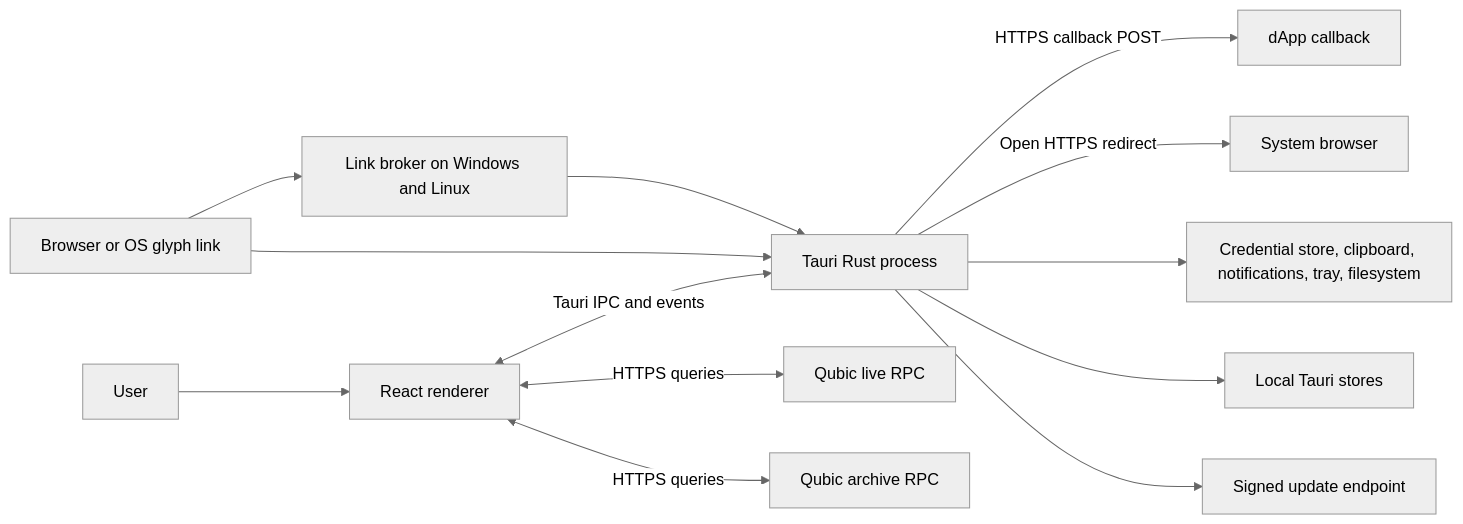
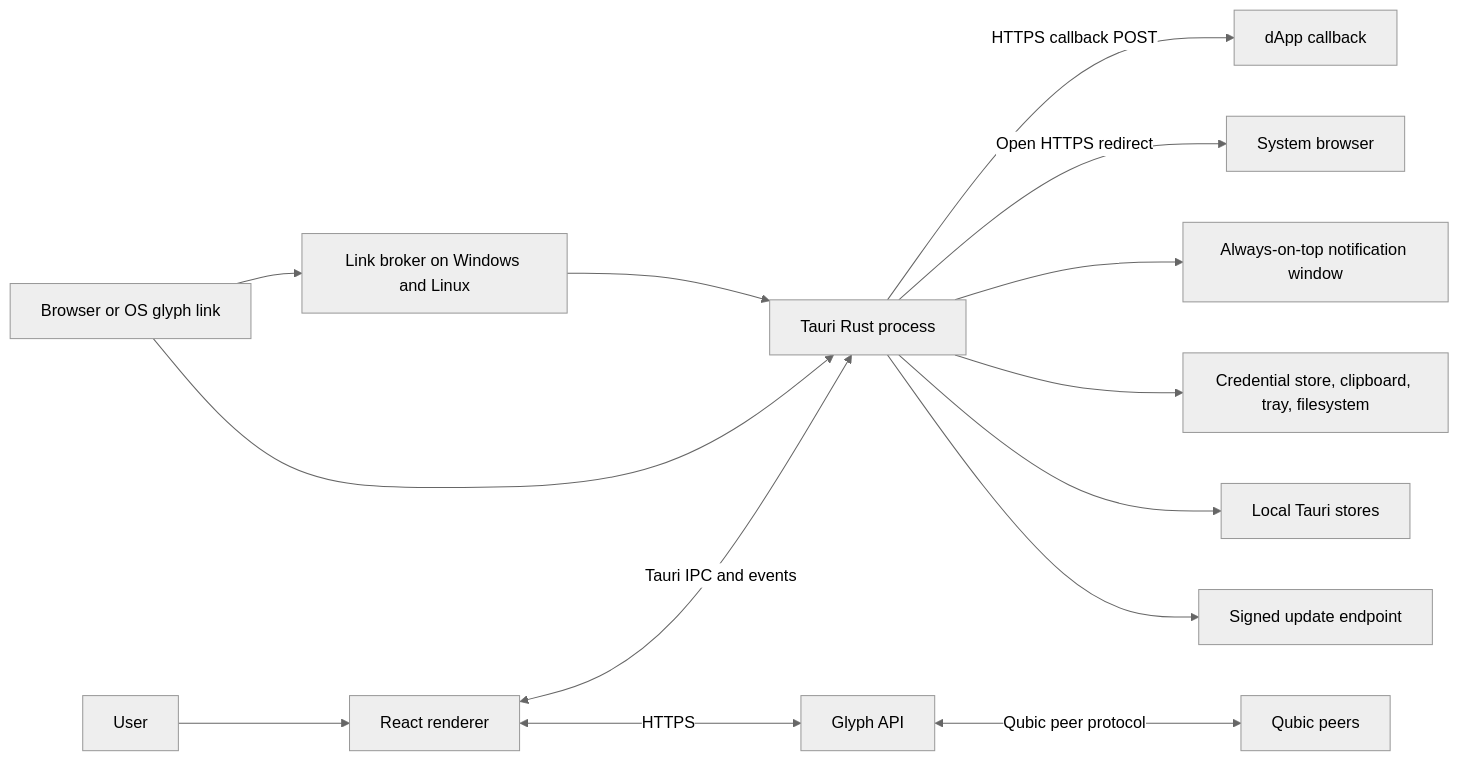
The first of 2 diagrams in docs/ARCHITECTURE.md (glyphq/wallet), drawn with Mermaid (neutral theme) before and after one commit. The commit also changed other lines of this file and 473 other files, not shown here.

````diff
--- a/docs/ARCHITECTURE.md
+++ b/docs/ARCHITECTURE.md
@@ -38,15 +38,16 @@
 ```mermaid
 graph LR
     User[User] --> UI[React renderer]
     Link[Browser or OS glyph link] --> Broker[Link broker on Windows and Linux]
     Broker --> Native[Tauri Rust process]
     Link --> Native
     UI <-->|Tauri IPC and events| Native
-    UI <-->|HTTPS queries| LiveRPC[Qubic live RPC]
-    UI <-->|HTTPS queries| ArchiveRPC[Qubic archive RPC]
+    UI <-->|HTTPS| API[Glyph API]
+    API <-->|Qubic peer protocol| Peers[Qubic peers]
     Native -->|HTTPS callback POST| DApp[dApp callback]
     Native -->|Open HTTPS redirect| Browser[System browser]
-    Native --> OS[Credential store, clipboard, notifications, tray, filesystem]
+    Native --> Notification[Always-on-top notification window]
+    Native --> OS[Credential store, clipboard, tray, filesystem]
     Native --> Store[Local Tauri stores]
     Native --> Updater[Signed update endpoint]
 ```
````
